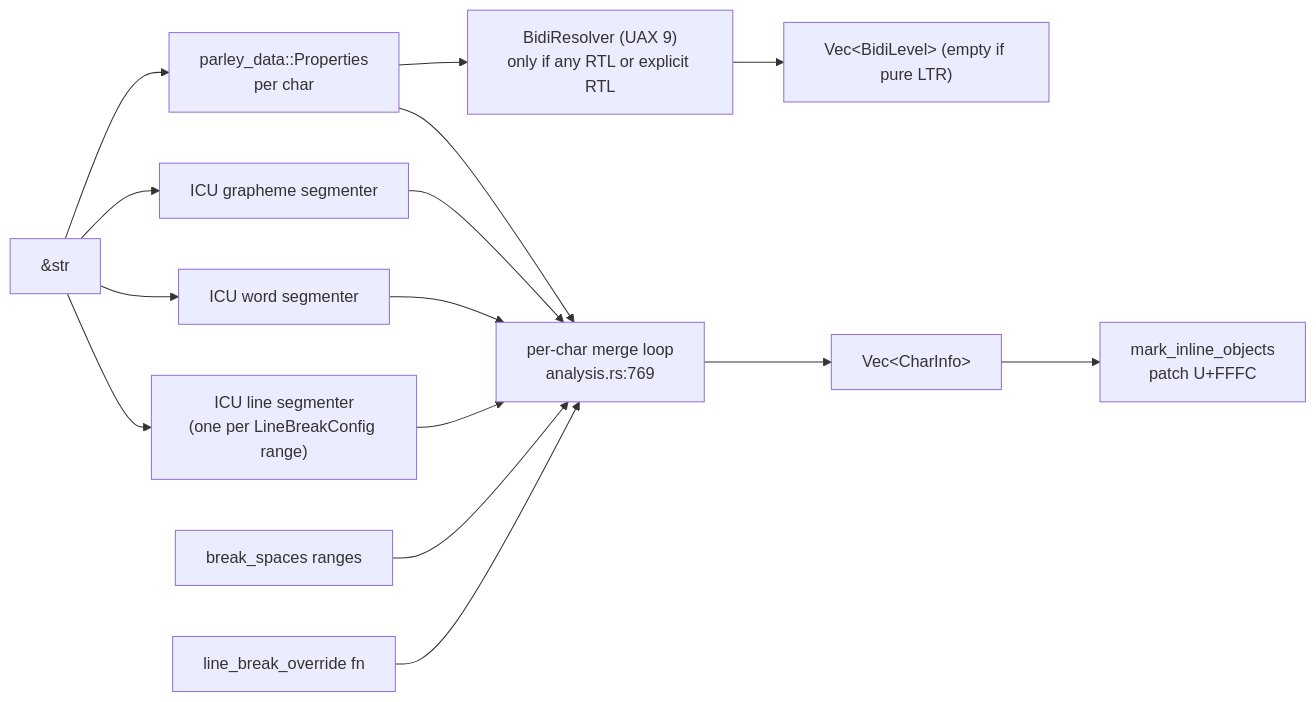
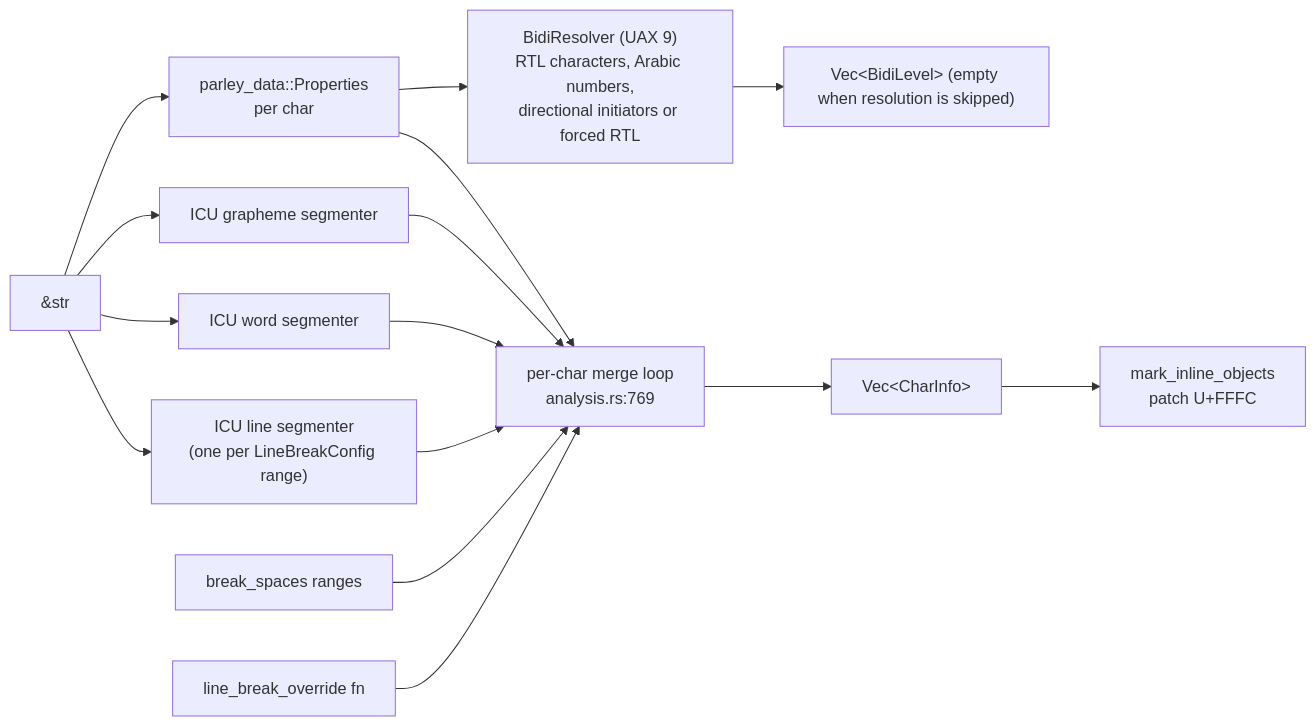
The second of 5 diagrams in src/algorithms.md (WilliamDGH/parley-guide), drawn with Mermaid before and after one commit. The commit also changed other lines of this file and 7 other files, not shown here.

````diff
--- a/src/algorithms.md
+++ b/src/algorithms.md
@@ -35,17 +35,17 @@
 ```mermaid
 flowchart LR
     T["&str"] --> LS["ICU line segmenter<br/>(one per LineBreakConfig range)"]
     T --> WS["ICU word segmenter"]
     T --> GS["ICU grapheme segmenter"]
     T --> PR["parley_data::Properties<br/>per char"]
     LS --> M["per-char merge loop<br/>analysis.rs:769"]
     WS --> M
     GS --> M
     PR --> M
     BS["break_spaces ranges"] --> M
     OV["line_break_override fn"] --> M
     M --> CI["Vec&lt;CharInfo&gt;"]
     CI --> IO["mark_inline_objects<br/>patch U+FFFC"]
-    PR --> BD["BidiResolver (UAX 9)<br/>only if any RTL or explicit RTL"]
-    BD --> LV["Vec&lt;BidiLevel&gt; (empty if pure LTR)"]
+    PR --> BD["BidiResolver (UAX 9)<br/>RTL characters, Arabic numbers,<br/>directional initiators or forced RTL"]
+    BD --> LV["Vec&lt;BidiLevel&gt; (empty when resolution is skipped)"]
 ```
````
